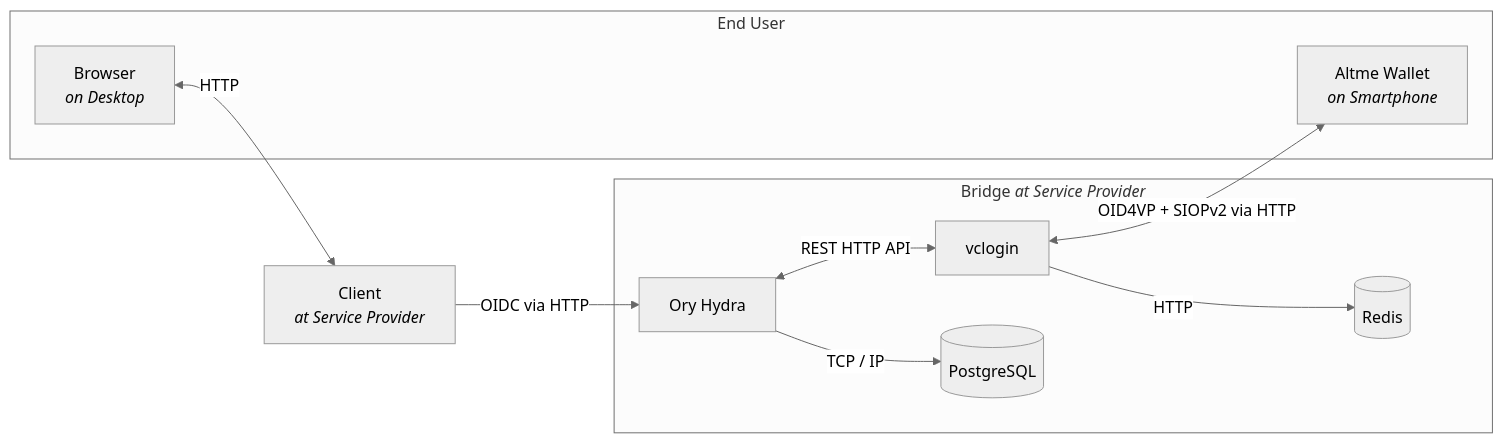
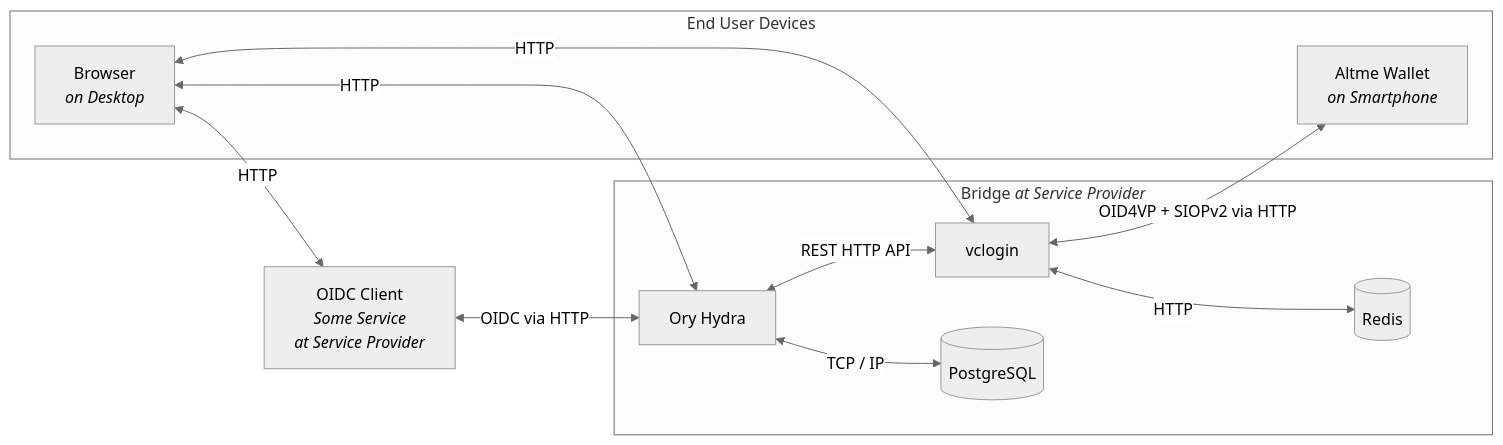
Before and after one commit to GAIA-X4PLC-AAD/ssi-to-oidc-bridge: the first of 2 diagrams in README.md, drawn with Mermaid (neutral theme). The commit also changed other lines of this file, not shown here.

Commit message:
Updated Both Diagrams

````diff
--- a/README.md
+++ b/README.md
@@ -17,15 +17,17 @@
 ```mermaid
 graph LR
-    client[Client<br><i>at Service Provider</i>] -- OIDC via HTTP --> Hydra[Ory Hydra]
+    client[OIDC Client<br><i>Some Service<br>at Service Provider</i>] <-- OIDC via HTTP --> Hydra[Ory Hydra]
     subgraph bridge[Bridge <i>at Service Provider</i>]
     Hydra <-- REST HTTP API --> vclogin
-    Hydra -- TCP / IP --> postgres[(PostgreSQL)]
-    vclogin -- HTTP --> redis[(Redis)]
+    Hydra <-- TCP / IP --> postgres[(PostgreSQL)]
+    vclogin <-- HTTP --> redis[(Redis)]
     end
     vclogin <-- OID4VP + SIOPv2 via HTTP --> altme[Altme Wallet<br><i>on Smartphone</i>]
-    subgraph home[End User]
+    subgraph home[End User Devices]
     browser[Browser<br><i>on Desktop</i>]
     altme
     end
     browser <-- HTTP --> client
+    browser <-- HTTP --> Hydra
+    browser <-- HTTP --> vclogin
 ```
````
